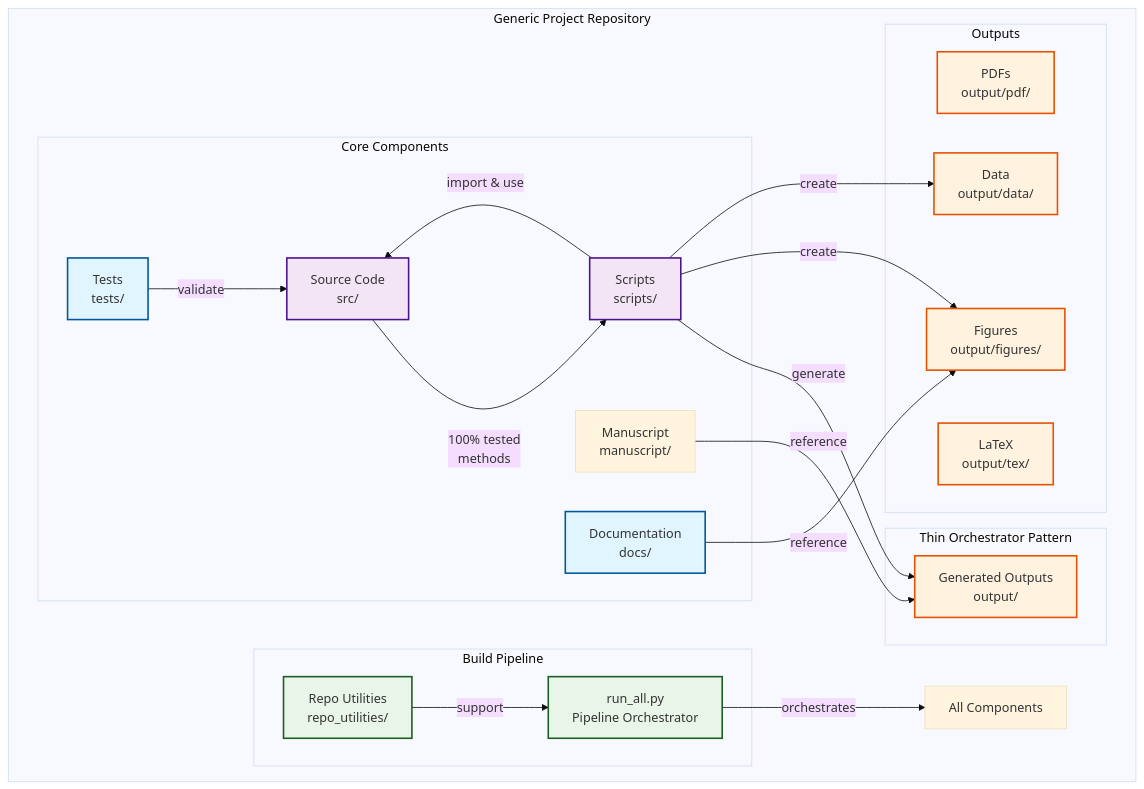
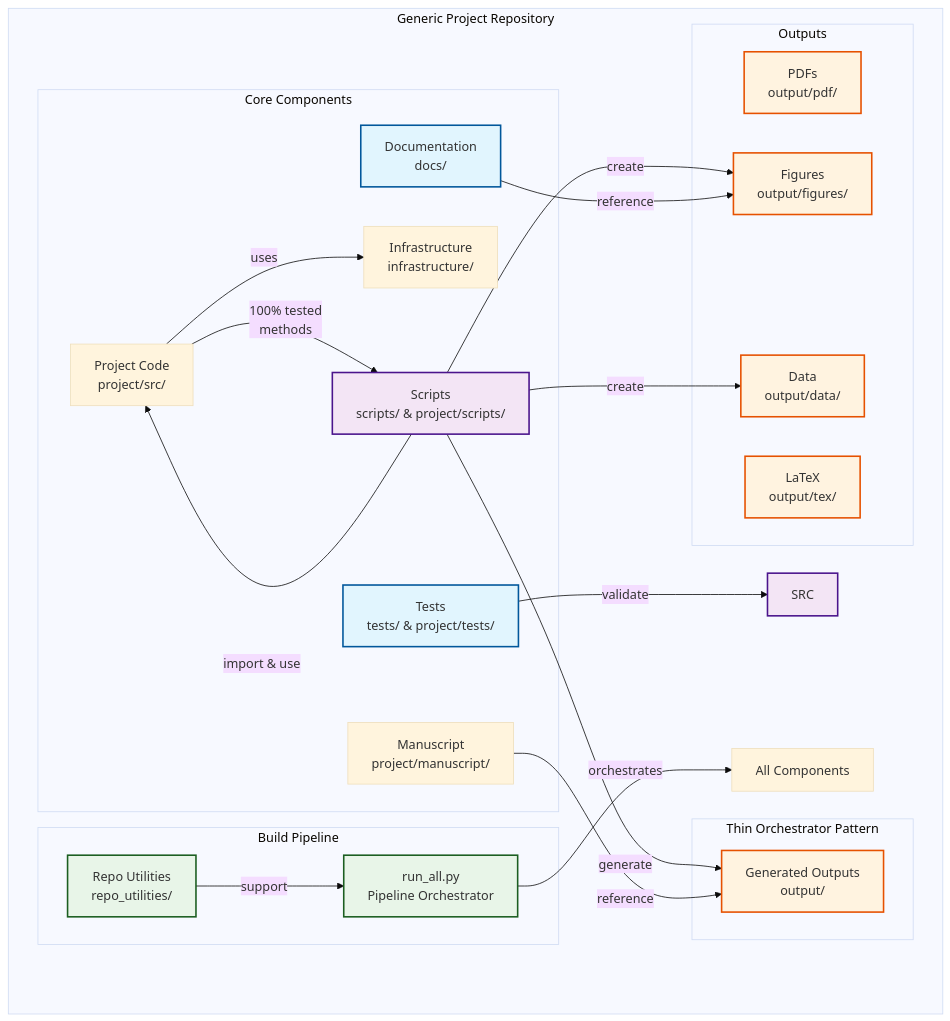
The first of 4 diagrams in docs/ARCHITECTURE.md (docxology/template), drawn with Mermaid (base theme) before and after one commit. The commit also changed other lines of this file and 128 other files, not shown here.

````diff
--- a/docs/ARCHITECTURE.md
+++ b/docs/ARCHITECTURE.md
@@ -20,49 +20,51 @@
 ```mermaid
 graph TB
     subgraph "Generic Project Repository"
         subgraph "Core Components"
-            SRC[Source Code<br/>src/]
-            TESTS[Tests<br/>tests/]
-            SCRIPTS[Scripts<br/>scripts/]
+            INFRA[Infrastructure<br/>infrastructure/]
+            PROJECT[Project Code<br/>project/src/]
+            TESTS[Tests<br/>tests/ & project/tests/]
+            SCRIPTS[Scripts<br/>scripts/ & project/scripts/]
             MD[Documentation<br/>docs/]
-            MANUSCRIPT[Manuscript<br/>manuscript/]
+            MANUSCRIPT[Manuscript<br/>project/manuscript/]
         end
         
         subgraph "Thin Orchestrator Pattern"
-            SRC -->|"100% tested<br/>methods"| SCRIPTS
-            SCRIPTS -->|"import & use"| SRC
+            PROJECT -->|"100% tested<br/>methods"| SCRIPTS
+            SCRIPTS -->|"import & use"| PROJECT
+            PROJECT -->|"uses"| INFRA
             SCRIPTS -->|"generate"| OUTPUTS
             MANUSCRIPT -->|"reference"| OUTPUTS
         end
         
         subgraph "Build Pipeline"
             REPO_UTILS[Repo Utilities<br/>repo_utilities/]
             RENDER[run_all.py<br/>Pipeline Orchestrator]
         end
         
         subgraph "Outputs"
             OUTPUTS[Generated Outputs<br/>output/]
             PDFS[PDFs<br/>output/pdf/]
             FIGS[Figures<br/>output/figures/]
             DATA[Data<br/>output/data/]
             TEX[LaTeX<br/>output/tex/]
         end
         
         TESTS -->|"validate"| SRC
         SCRIPTS -->|"create"| FIGS
         SCRIPTS -->|"create"| DATA
         MD -->|"reference"| FIGS
         RENDER -->|"orchestrates"| ALL[All Components]
         REPO_UTILS -->|"support"| RENDER
     end
     
     classDef core fill:#e1f5fe,stroke:#01579b,stroke-width:2px
     classDef pattern fill:#f3e5f5,stroke:#4a148c,stroke-width:2px
     classDef pipeline fill:#e8f5e8,stroke:#1b5e20,stroke-width:2px
     classDef outputs fill:#fff3e0,stroke:#e65100,stroke-width:2px
     
     class SRC,TESTS,SCRIPTS,MD core
     class SRC,SCRIPTS pattern
     class REPO_UTILS,RENDER pipeline
     class OUTPUTS,PDFS,FIGS,DATA,TEX outputs
 ```
````
